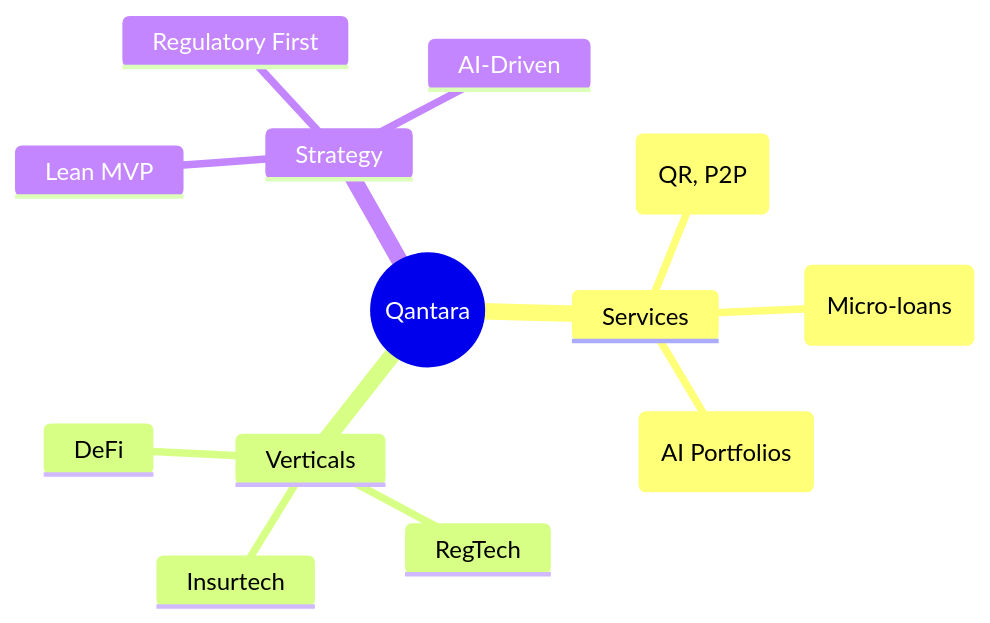
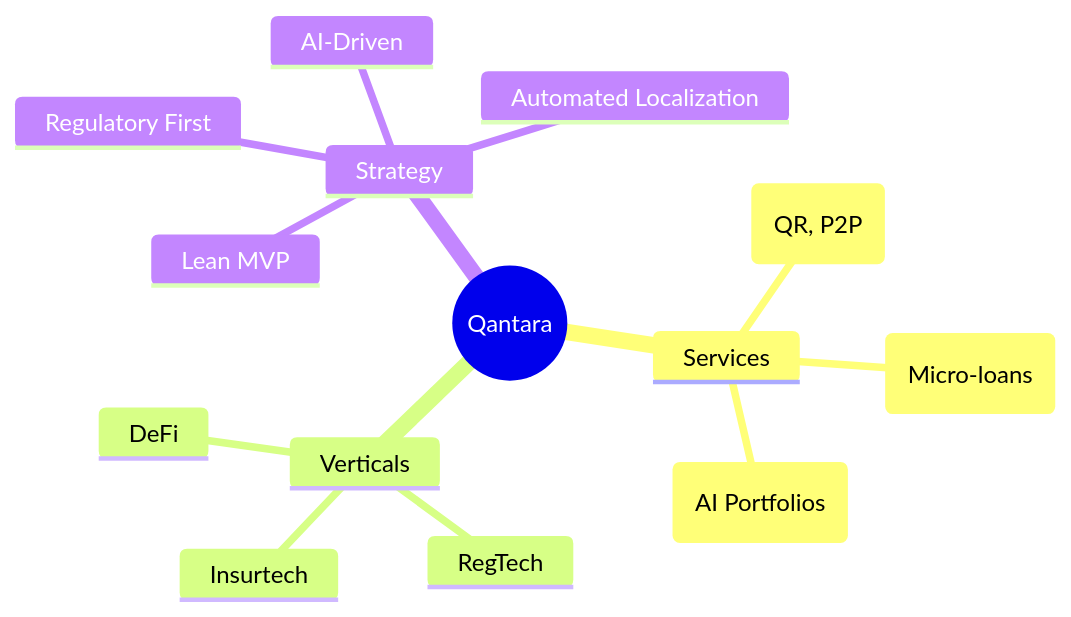
Before and after one commit to semlalie8/Qantara-Banking: the diagram in QANTARA_STRATEGY.md, drawn with Mermaid. The commit also changed other lines of this file and 2748 other files, not shown here.

````diff
--- a/QANTARA_STRATEGY.md
+++ b/QANTARA_STRATEGY.md
@@ -79,16 +278,17 @@
 ```mermaid
 mindmap
   root((Qantara))
     Services
       Payments (QR, P2P)
       Lending (Micro-loans)
       Wealth (AI Portfolios)
     Verticals
       Insurtech
       RegTech
       DeFi
     Strategy
       Lean MVP
       Regulatory First
       AI-Driven
+      Automated Localization
 ```
````
